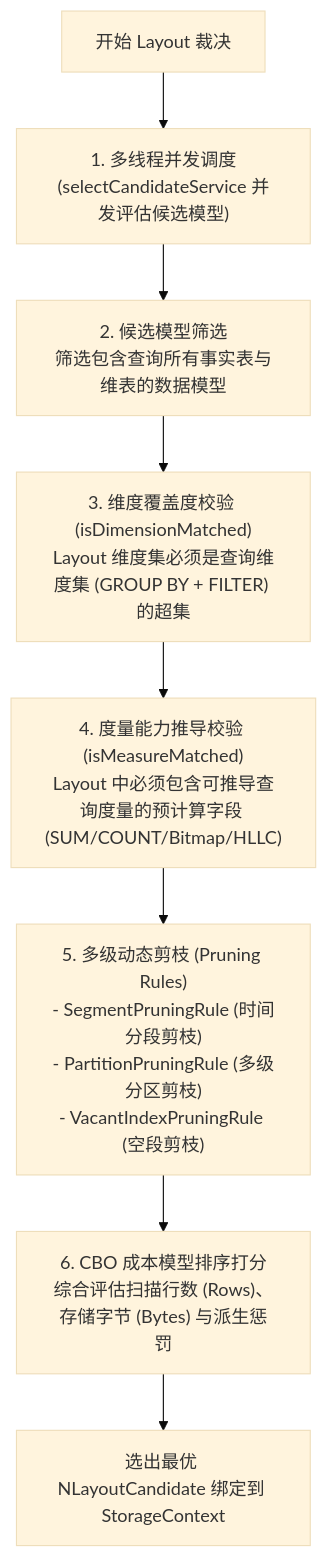
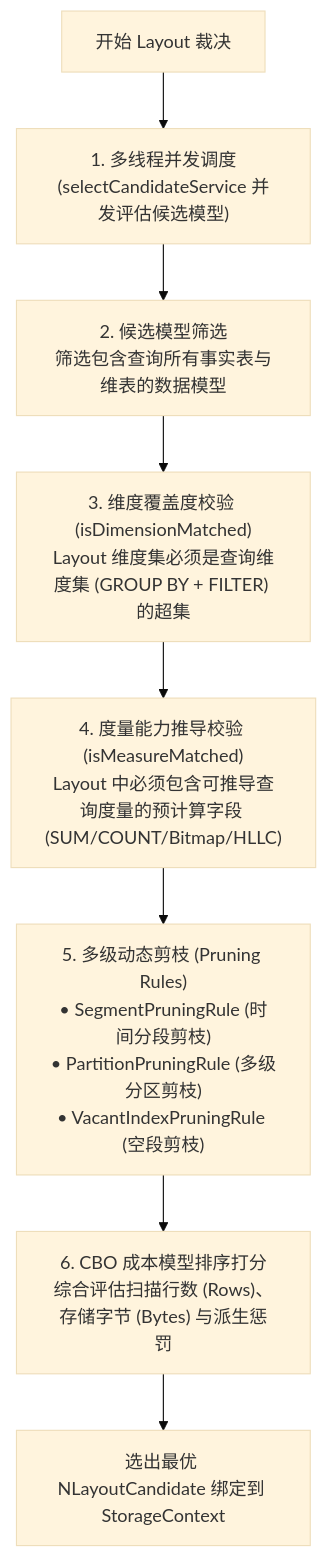
Before and after one commit to Mrhs121/mrhs121.github.io: the third of 4 diagrams in posts/2026-08-18-kylin-query-engine-03-olap-context-and-cbo.md, drawn with Mermaid (base theme). The commit also changed other lines of this file and 6 other files, not shown here.

````diff
--- a/posts/2026-08-18-kylin-query-engine-03-olap-context-and-cbo.md
+++ b/posts/2026-08-18-kylin-query-engine-03-olap-context-and-cbo.md
@@ -120,10 +121,10 @@
 ```mermaid
 flowchart TD
     Start["开始 Layout 裁决"] --> ThreadPool["1. 多线程并发调度<br/>(selectCandidateService 并发评估候选模型)"]
     ThreadPool --> ModelFilter["2. 候选模型筛选<br/>筛选包含查询所有事实表与维表的数据模型"]
     ModelFilter --> DimCheck["3. 维度覆盖度校验 (isDimensionMatched)<br/>Layout 维度集必须是查询维度集 (GROUP BY + FILTER) 的超集"]
     DimCheck --> MeasureCheck["4. 度量能力推导校验 (isMeasureMatched)<br/>Layout 中必须包含可推导查询度量的预计算字段 (SUM/COUNT/Bitmap/HLLC)"]
-    MeasureCheck --> MultiPruning["5. 多级动态剪枝 (Pruning Rules)<br/>- SegmentPruningRule (时间分段剪枝)<br/>- PartitionPruningRule (多级分区剪枝)<br/>- VacantIndexPruningRule (空段剪枝)"]
+    MeasureCheck --> MultiPruning["5. 多级动态剪枝 (Pruning Rules)<br/>• SegmentPruningRule (时间分段剪枝)<br/>• PartitionPruningRule (多级分区剪枝)<br/>• VacantIndexPruningRule (空段剪枝)"]
     MultiPruning --> CostScore["6. CBO 成本模型排序打分<br/>综合评估扫描行数 (Rows)、存储字节 (Bytes) 与派生惩罚"]
     CostScore --> PickBest["选出最优 NLayoutCandidate 绑定到 StorageContext"]
 ```
````
